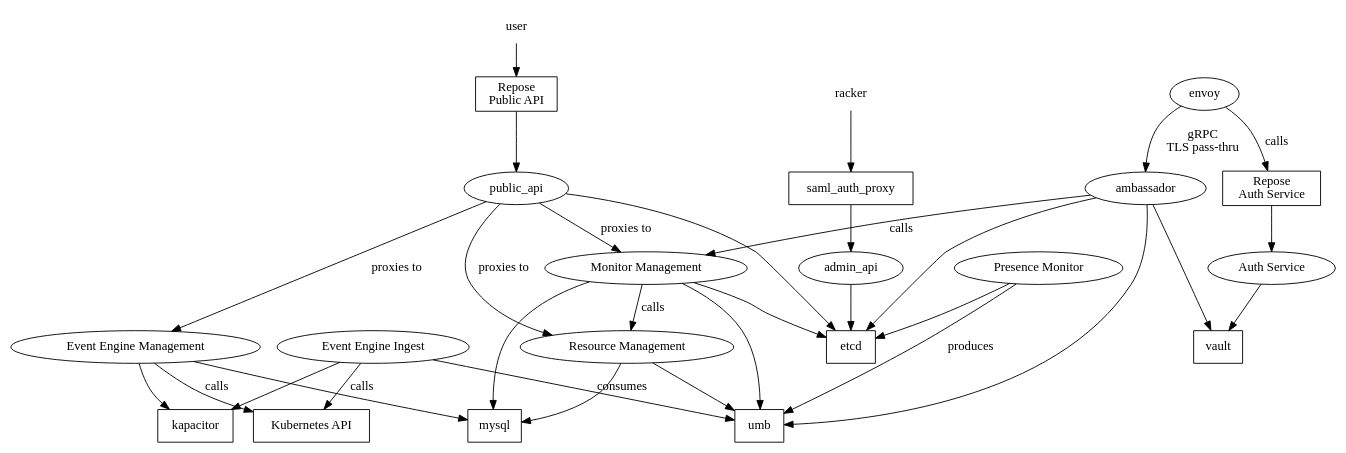
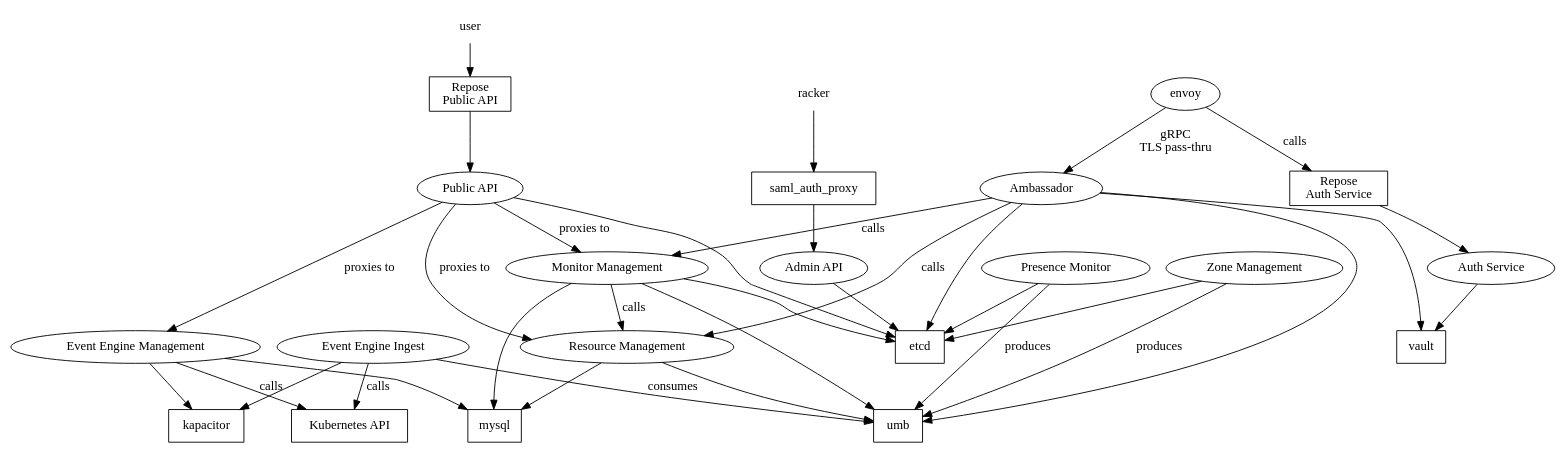
One commit to racker/salus-telemetry-bundle changed the diagram in docs/salus-dependencies.dot. Above: the diagram before and after it, drawn with Graphviz.

Commit message:
Update dependencies diagram for ambassador to RM

```diff
--- a/docs/salus-dependencies.dot
+++ b/docs/salus-dependencies.dot
@@ -1,67 +1,72 @@
 digraph G {
  user [shape="none"]
  racker [shape="none"]
  envoy
 
  // box shape == 3rd party software
  mysql [shape="box"]
  repose_auth [shape="box", label="Repose\nAuth Service"]
  repose_public_api [shape="box", label="Repose\nPublic API"]
  kapacitor [shape="box"]
  kube_api [shape="box", label="Kubernetes API"]
  vault [shape="box"]
  etcd [shape="box"]
  umb [shape="box"]
  saml_auth_proxy [shape="box"]
 
  // Salus modules
- public_api
- admin_api
+ public_api [label="Public API"]
+ admin_api [label="Admin API"]
  pm [label="Presence Monitor"]
  auth [label="Auth Service"]
- ambassador
+ ambassador [label="Ambassador"]
  evm [label="Event Engine Management"]
  evi [label="Event Engine Ingest"]
  rm [label="Resource Management"]
  mm [label="Monitor Management"]
+ zm [label="Zone Management"]
 
  evm -> kapacitor
  evm -> mysql
  evm -> kube_api [label="calls"]
 
  evi -> kapacitor
  evi -> umb [label="consumes"]
  evi -> kube_api [label="calls"]
 
  rm -> umb
  rm -> mysql
 
  mm -> umb
  mm -> rm [label="calls"]
  mm -> mysql
  mm -> etcd
 
  pm -> umb [label="produces"]
  pm -> etcd
 
+ zm -> etcd
+ zm -> umb [label="produces"]
+
  envoy -> ambassador [label="gRPC\nTLS pass-thru"]
  ambassador -> umb
  ambassador -> etcd
  ambassador -> vault
  ambassador -> mm [label="calls"]
+ ambassador -> rm [label="calls"]
 
  envoy -> repose_auth [label="calls"]
  repose_auth -> auth
  auth -> vault
 
  user -> repose_public_api
  repose_public_api -> public_api
  public_api -> etcd
  public_api -> rm [label="proxies to"]
  public_api -> mm [label="proxies to"]
  public_api -> evm [label="proxies to"]
 
  racker -> saml_auth_proxy
  saml_auth_proxy -> admin_api
  admin_api -> etcd
 }
```
